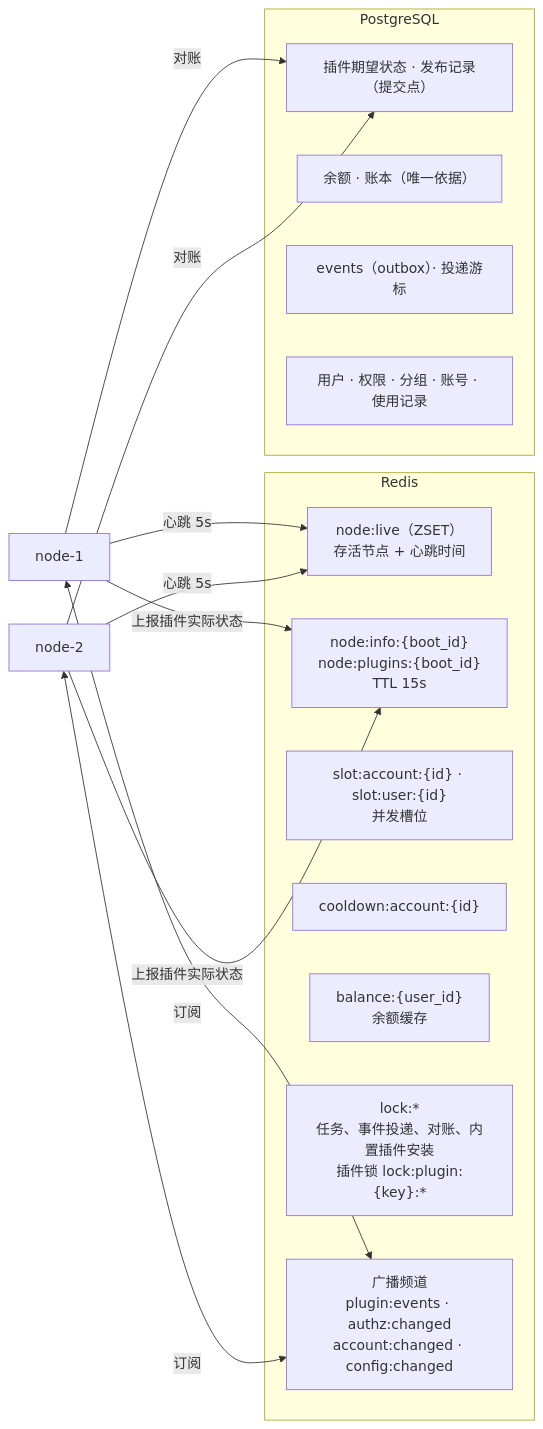
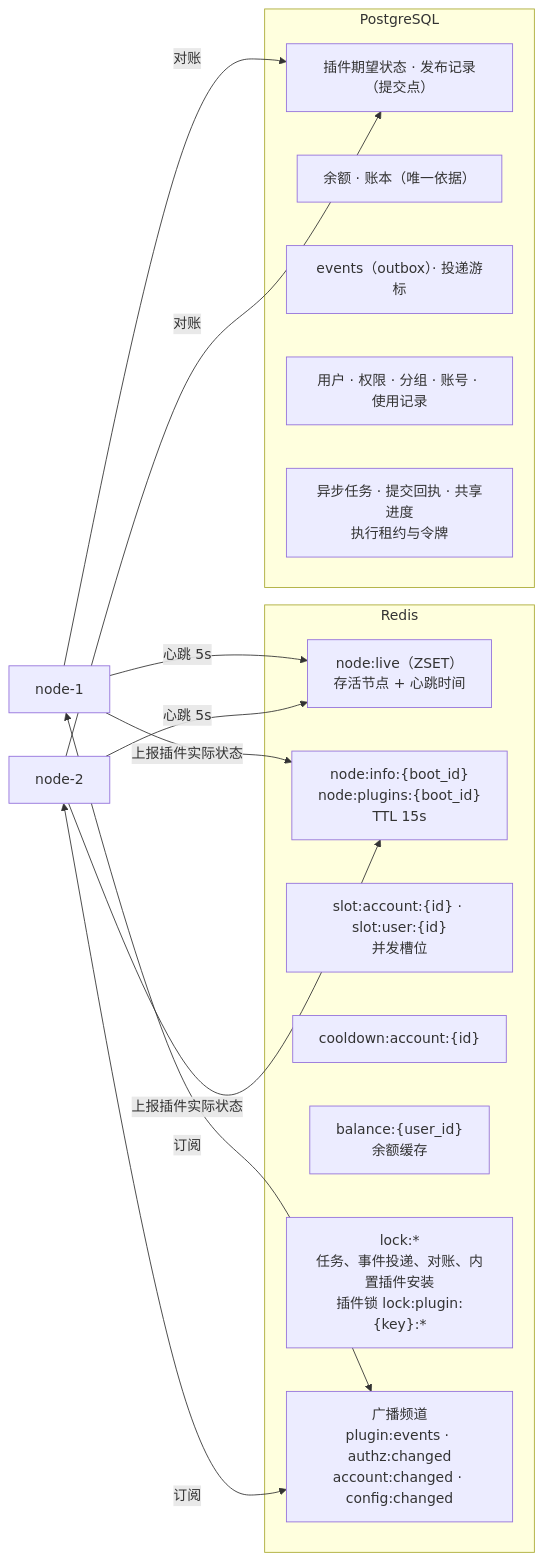
Before and after one commit to Sub2API-Devs/sup2api: the third of 18 diagrams in next/docs/ARCHITECTURE.md, drawn with Mermaid. The commit also changed other lines of this file and 346 other files, not shown here.

````diff
--- a/next/docs/ARCHITECTURE.md
+++ b/next/docs/ARCHITECTURE.md
@@ -165,22 +165,23 @@
 ```mermaid
 flowchart LR
   subgraph redis["Redis"]
     live["node:live（ZSET）<br/>存活节点 + 心跳时间"]
     info["node:info:{boot_id}<br/>node:plugins:{boot_id}<br/>TTL 15s"]
     slots["slot:account:{id} · slot:user:{id}<br/>并发槽位"]
     cool["cooldown:account:{id}"]
     bal["balance:{user_id}<br/>余额缓存"]
     locks["lock:*<br/>任务、事件投递、对账、内置插件安装<br/>插件锁 lock:plugin:{key}:*"]
     bus["广播频道<br/>plugin:events · authz:changed<br/>account:changed · config:changed"]
   end
   subgraph pg["PostgreSQL"]
     desired["插件期望状态 · 发布记录（提交点）"]
     ledger["余额 · 账本（唯一依据）"]
     outbox["events（outbox）· 投递游标"]
     data["用户 · 权限 · 分组 · 账号 · 使用记录"]
+    tasks["异步任务 · 提交回执 · 共享进度<br/>执行租约与令牌"]
   end
   n1["node-1"] & n2["node-2"] -- "心跳 5s" --> live
   n1 & n2 -- "上报插件实际状态" --> info
   n1 & n2 -- "对账" --> desired
   n1 & n2 <-- "订阅" --> bus
 ```
````
